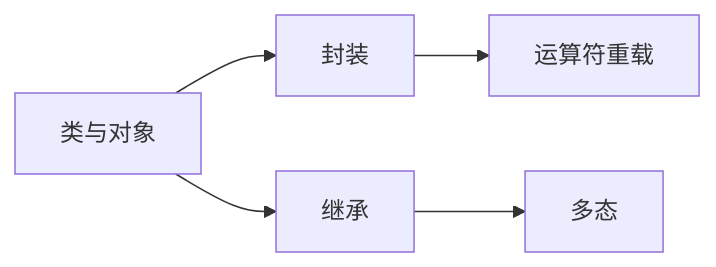
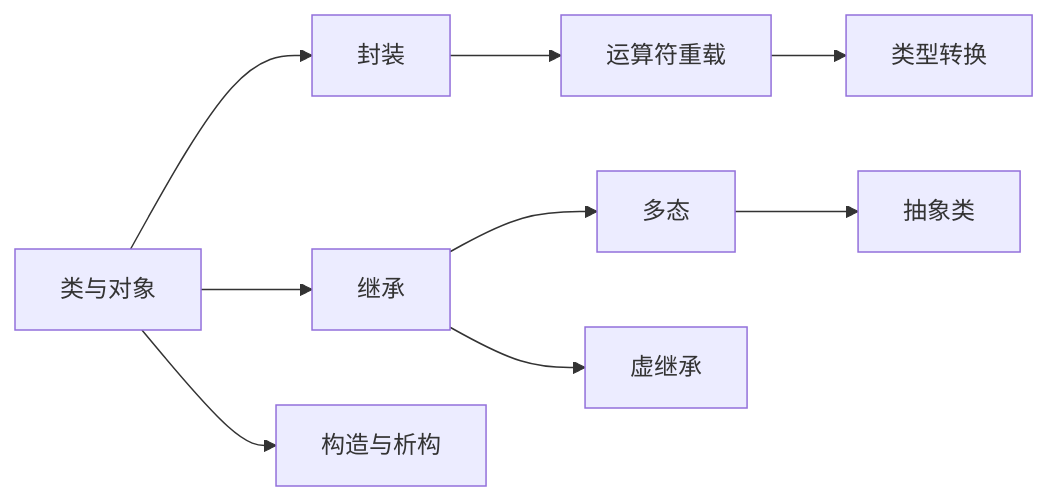
Before and after one commit to Azure12355/weilanx-guide: the diagram in vuepress-hope/langs/cpp/03-oop/README.md, drawn with Mermaid. The commit also changed other lines of this file, not shown here.

````diff
--- a/vuepress-hope/langs/cpp/03-oop/README.md
+++ b/vuepress-hope/langs/cpp/03-oop/README.md
@@ -56,7 +49,12 @@
 ```mermaid
 flowchart LR
     A[类与对象] --> B[封装]
     A --> C[继承]
     C --> D[多态]
     B --> E[运算符重载]
+
+    A --> A1[构造与析构]
+    C --> C1[虚继承]
+    D --> D1[抽象类]
+    E --> E1[类型转换]
 ```
````
